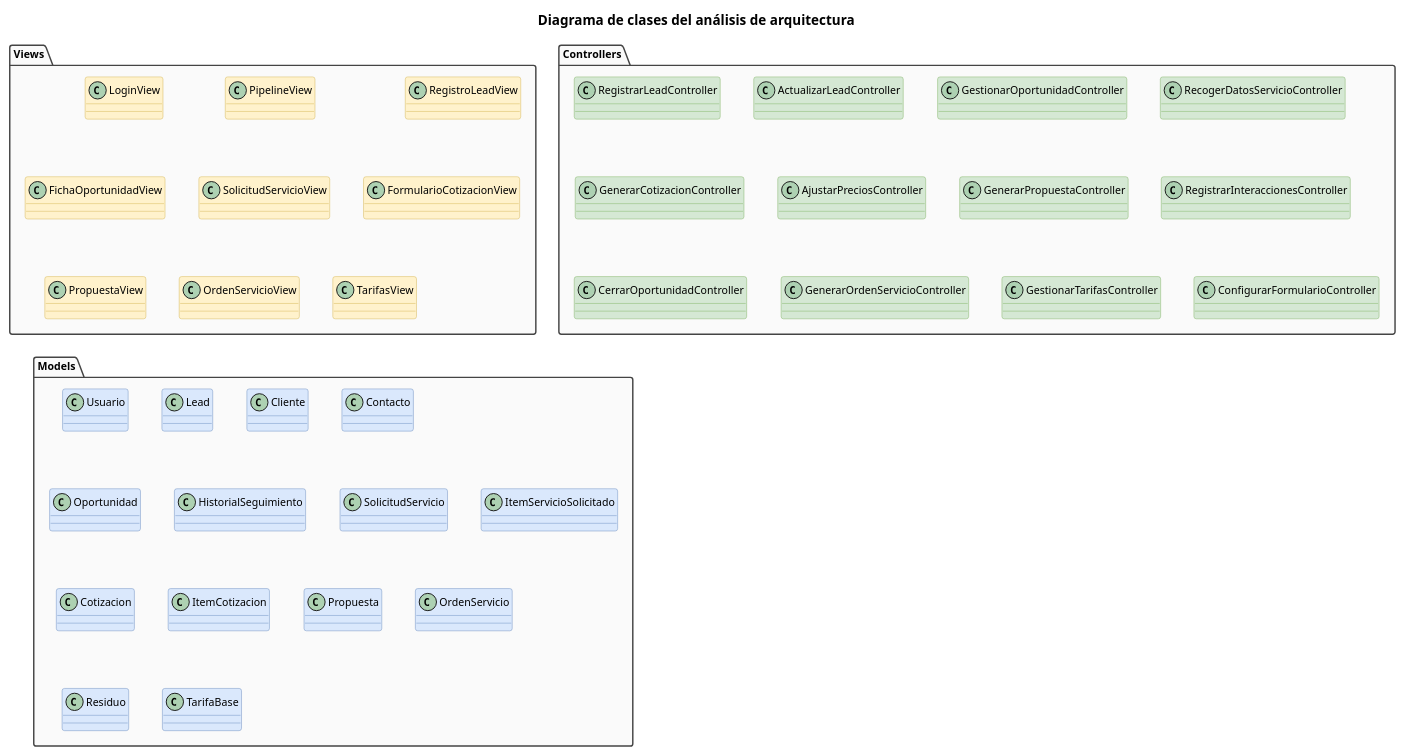
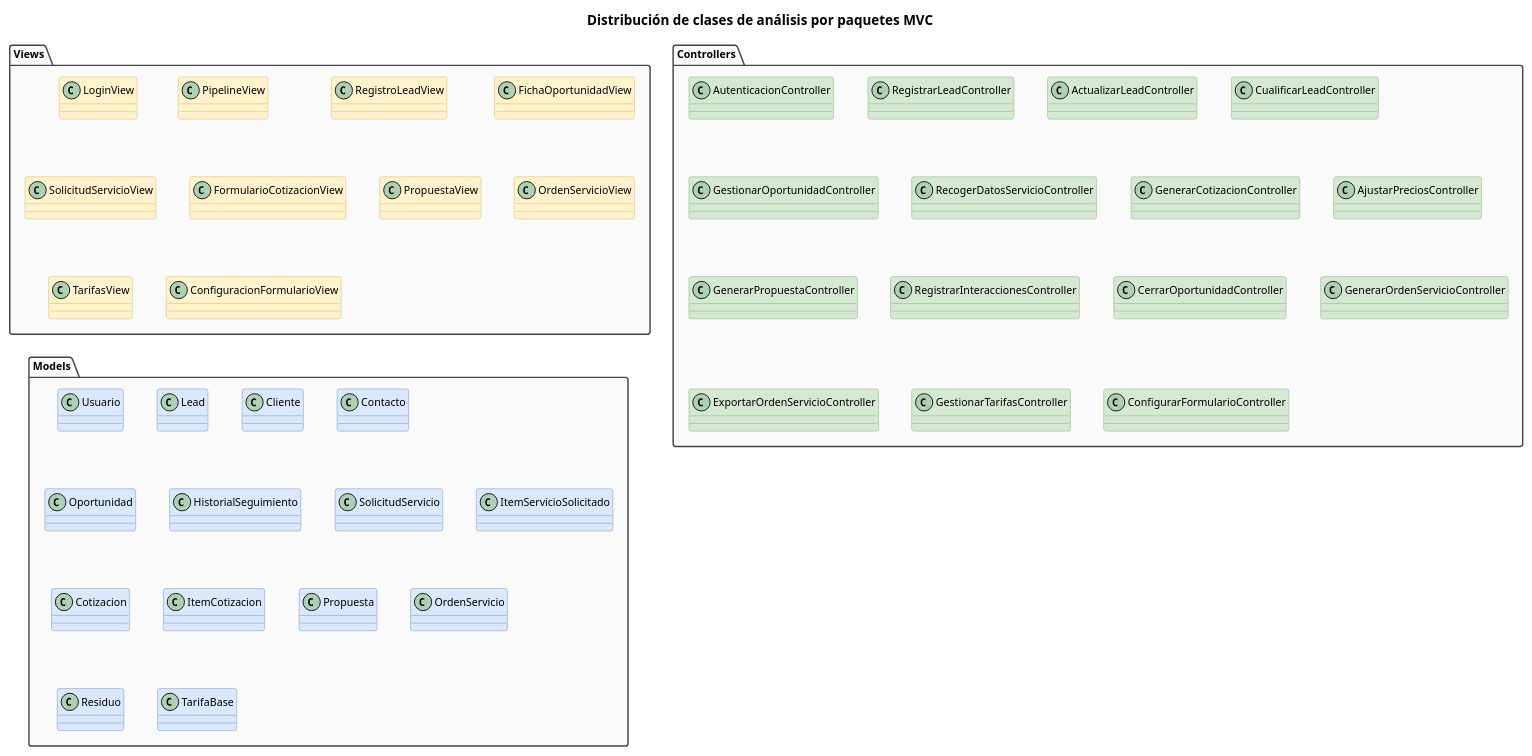
One commit to BrendaLopes/TFG-CRM-BROOKS changed the diagram in docs/analisis-diseno/3.1-analisis-arquitectura/mvc-clases.puml. Above: the diagram before and after it, drawn with PlantUML. The commit also changed 17 other files, not shown here.

Commit message:
ultimas correciones diagramas arquitectura

```diff
--- a/docs/analisis-diseno/3.1-analisis-arquitectura/mvc-clases.puml
+++ b/docs/analisis-diseno/3.1-analisis-arquitectura/mvc-clases.puml
@@ -1,62 +1,68 @@
 @startuml
-title Diagrama de clases del análisis de arquitectura
+title Distribución de clases de análisis por paquetes MVC
+
 top to bottom direction
 skinparam PackageBorderColor #444444
 skinparam PackageBackgroundColor #FAFAFA
 skinparam defaultFontSize 11
+skinparam linetype ortho
 hide stereotype
 
 skinparam class {
   BackgroundColor<<B>> #fff2cc
   BorderColor<<B>> #d6b656
   BackgroundColor<<C>> #d5e8d4
   BorderColor<<C>> #82b366
   BackgroundColor<<E>> #dae8fc
   BorderColor<<E>> #6c8ebf
 }
 
-package "Views"  {
+package "Views" {
   class LoginView <<B>>
   class PipelineView <<B>>
   class RegistroLeadView <<B>>
   class FichaOportunidadView <<B>>
   class SolicitudServicioView <<B>>
   class FormularioCotizacionView <<B>>
   class PropuestaView <<B>>
   class OrdenServicioView <<B>>
   class TarifasView <<B>>
+  class ConfiguracionFormularioView <<B>>
 }
 
 package "Controllers" {
+  class AutenticacionController <<C>>
   class RegistrarLeadController <<C>>
   class ActualizarLeadController <<C>>
+  class CualificarLeadController <<C>>
   class GestionarOportunidadController <<C>>
   class RecogerDatosServicioController <<C>>
   class GenerarCotizacionController <<C>>
   class AjustarPreciosController <<C>>
   class GenerarPropuestaController <<C>>
   class RegistrarInteraccionesController <<C>>
   class CerrarOportunidadController <<C>>
   class GenerarOrdenServicioController <<C>>
+  class ExportarOrdenServicioController <<C>>
   class GestionarTarifasController <<C>>
   class ConfigurarFormularioController <<C>>
 }
 
 package "Models" {
   class Usuario <<E>>
   class Lead <<E>>
   class Cliente <<E>>
   class Contacto <<E>>
   class Oportunidad <<E>>
   class HistorialSeguimiento <<E>>
   class SolicitudServicio <<E>>
   class ItemServicioSolicitado <<E>>
   class Cotizacion <<E>>
   class ItemCotizacion <<E>>
   class Propuesta <<E>>
   class OrdenServicio <<E>>
   class Residuo <<E>>
   class TarifaBase <<E>>
 }
 
 @enduml
```
